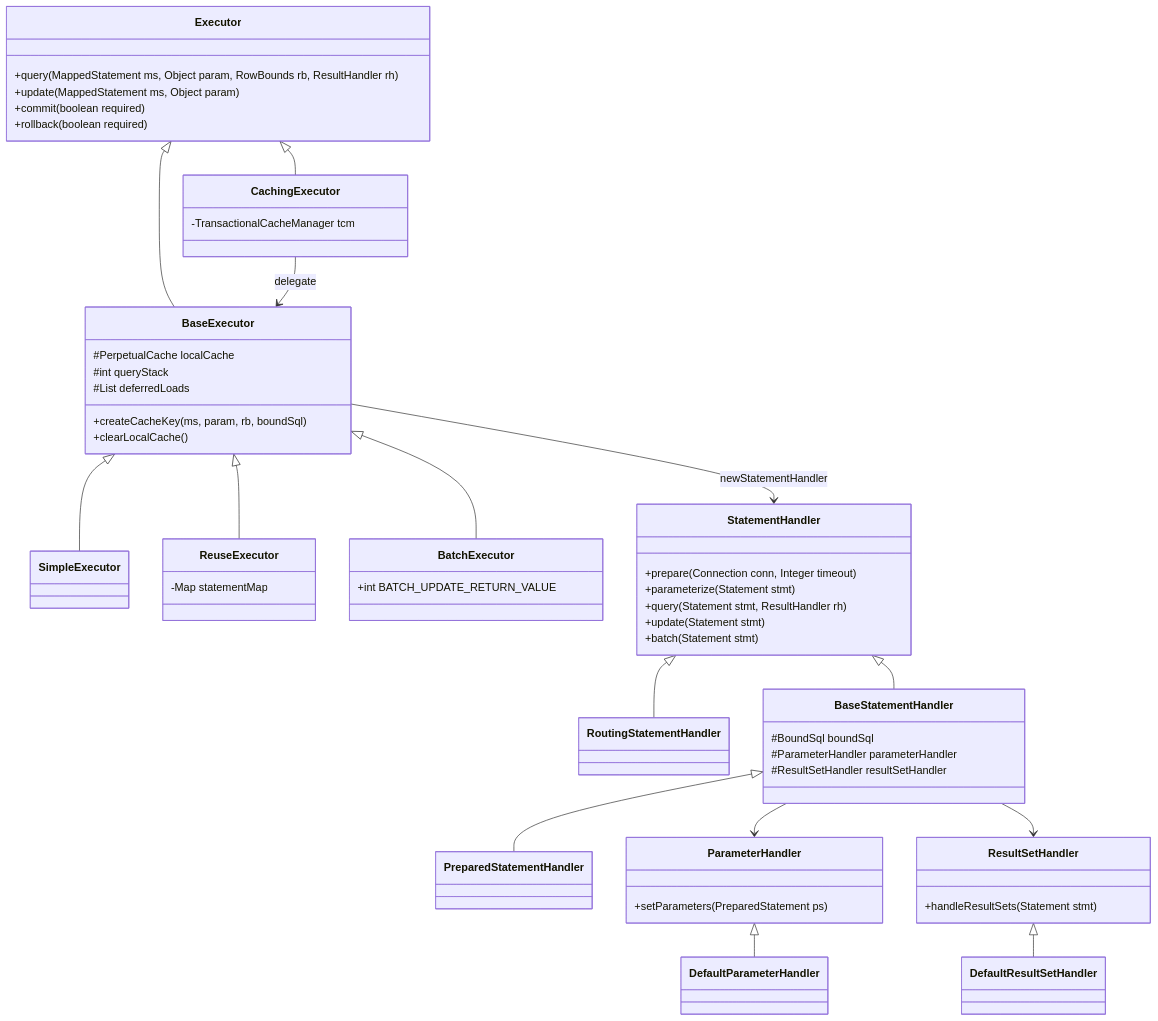
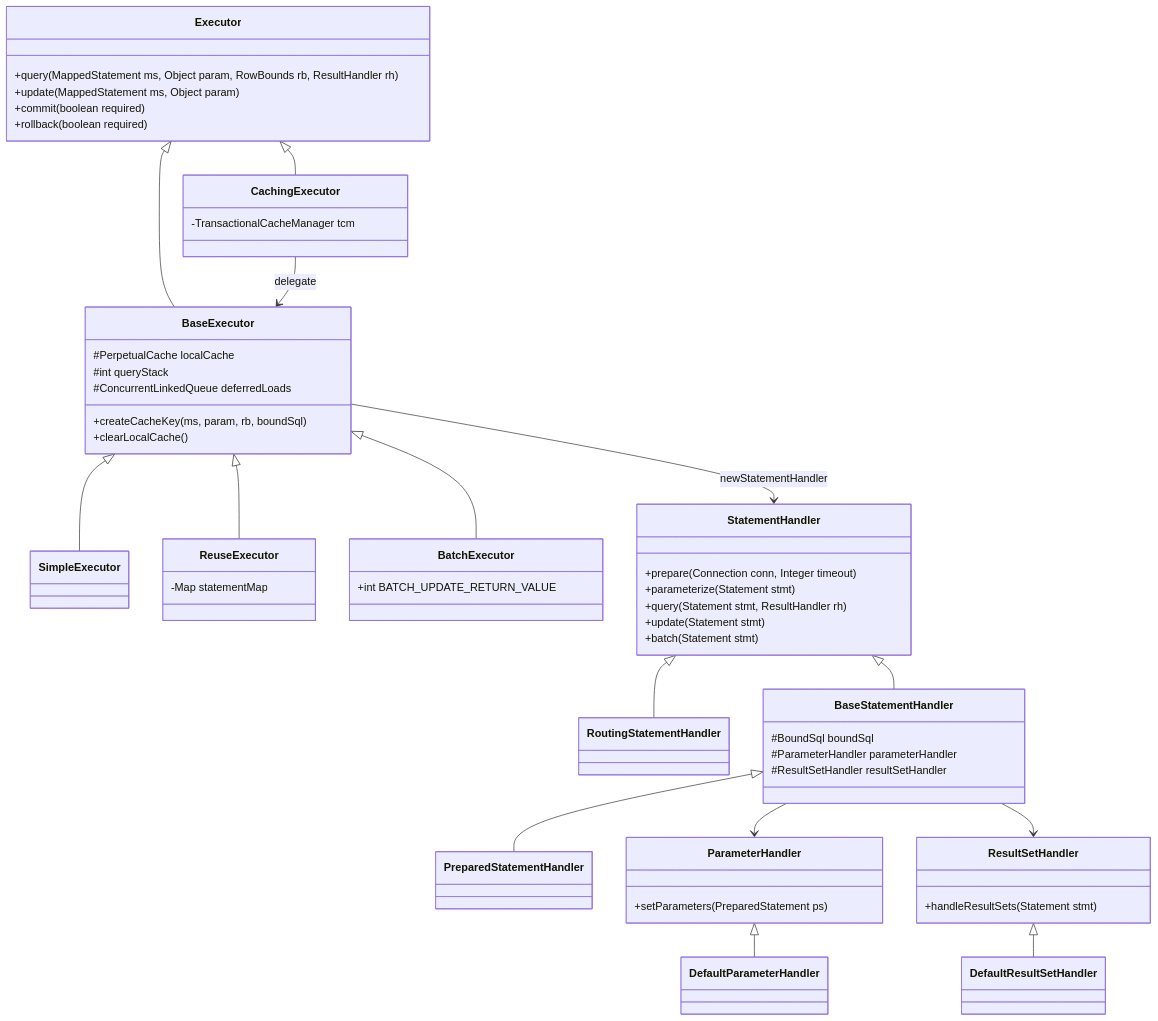
Before and after one commit to jacketan/java-interview: the second of 14 diagrams in 04-spring/04-MyBatis原理.md, drawn with Mermaid. The commit also changed other lines of this file and 38 other files, not shown here.

````diff
--- a/04-spring/04-MyBatis原理.md
+++ b/04-spring/04-MyBatis原理.md
@@ -119,62 +119,62 @@
 ```mermaid
 classDiagram
   class Executor {
     +query(MappedStatement ms, Object param, RowBounds rb, ResultHandler rh)
     +update(MappedStatement ms, Object param)
     +commit(boolean required)
     +rollback(boolean required)
   }
   class BaseExecutor {
     #PerpetualCache localCache
     #int queryStack
-    #List deferredLoads
+    #ConcurrentLinkedQueue deferredLoads
     +createCacheKey(ms, param, rb, boundSql)
     +clearLocalCache()
   }
   class CachingExecutor {
     -TransactionalCacheManager tcm
   }
   class SimpleExecutor
   class ReuseExecutor {
     -Map statementMap
   }
   class BatchExecutor {
     +int BATCH_UPDATE_RETURN_VALUE
   }
   class StatementHandler {
     +prepare(Connection conn, Integer timeout)
     +parameterize(Statement stmt)
     +query(Statement stmt, ResultHandler rh)
     +update(Statement stmt)
     +batch(Statement stmt)
   }
   class RoutingStatementHandler
   class BaseStatementHandler {
     #BoundSql boundSql
     #ParameterHandler parameterHandler
     #ResultSetHandler resultSetHandler
   }
   class PreparedStatementHandler
   class ParameterHandler {
     +setParameters(PreparedStatement ps)
   }
   class DefaultParameterHandler
   class ResultSetHandler {
     +handleResultSets(Statement stmt)
   }
   class DefaultResultSetHandler
   Executor <|-- BaseExecutor
   Executor <|-- CachingExecutor
   BaseExecutor <|-- SimpleExecutor
   BaseExecutor <|-- ReuseExecutor
   BaseExecutor <|-- BatchExecutor
   StatementHandler <|-- RoutingStatementHandler
   StatementHandler <|-- BaseStatementHandler
   BaseStatementHandler <|-- PreparedStatementHandler
   ParameterHandler <|-- DefaultParameterHandler
   ResultSetHandler <|-- DefaultResultSetHandler
   CachingExecutor --> BaseExecutor : delegate
   BaseExecutor --> StatementHandler : newStatementHandler
   BaseStatementHandler --> ParameterHandler
   BaseStatementHandler --> ResultSetHandler
 ```
````
